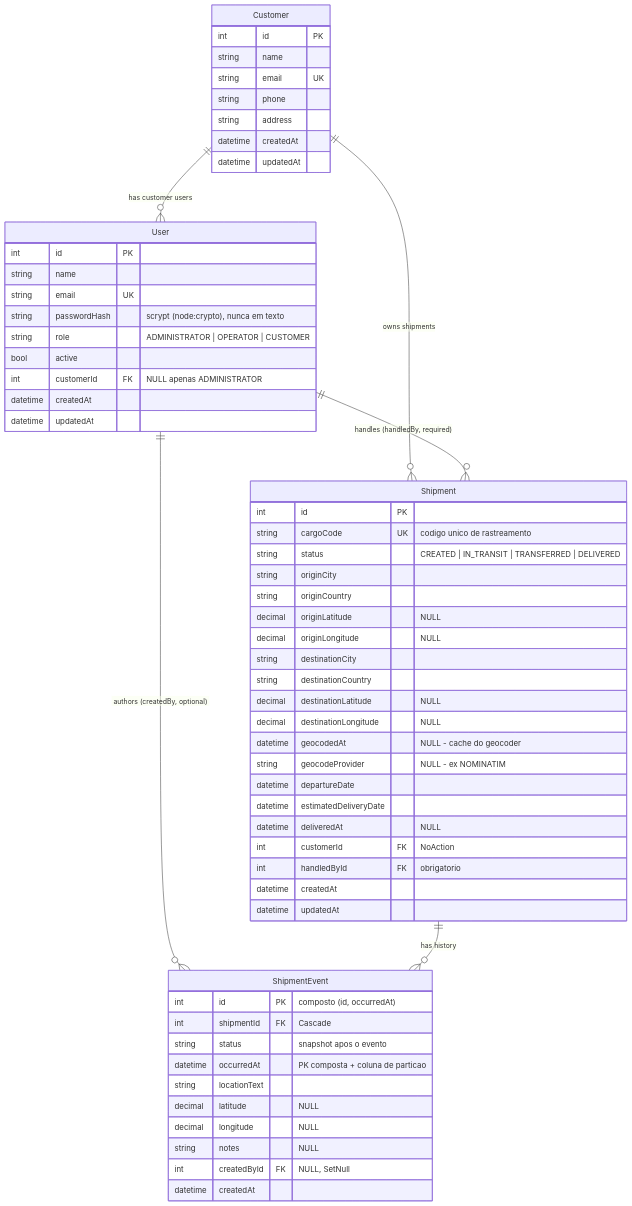
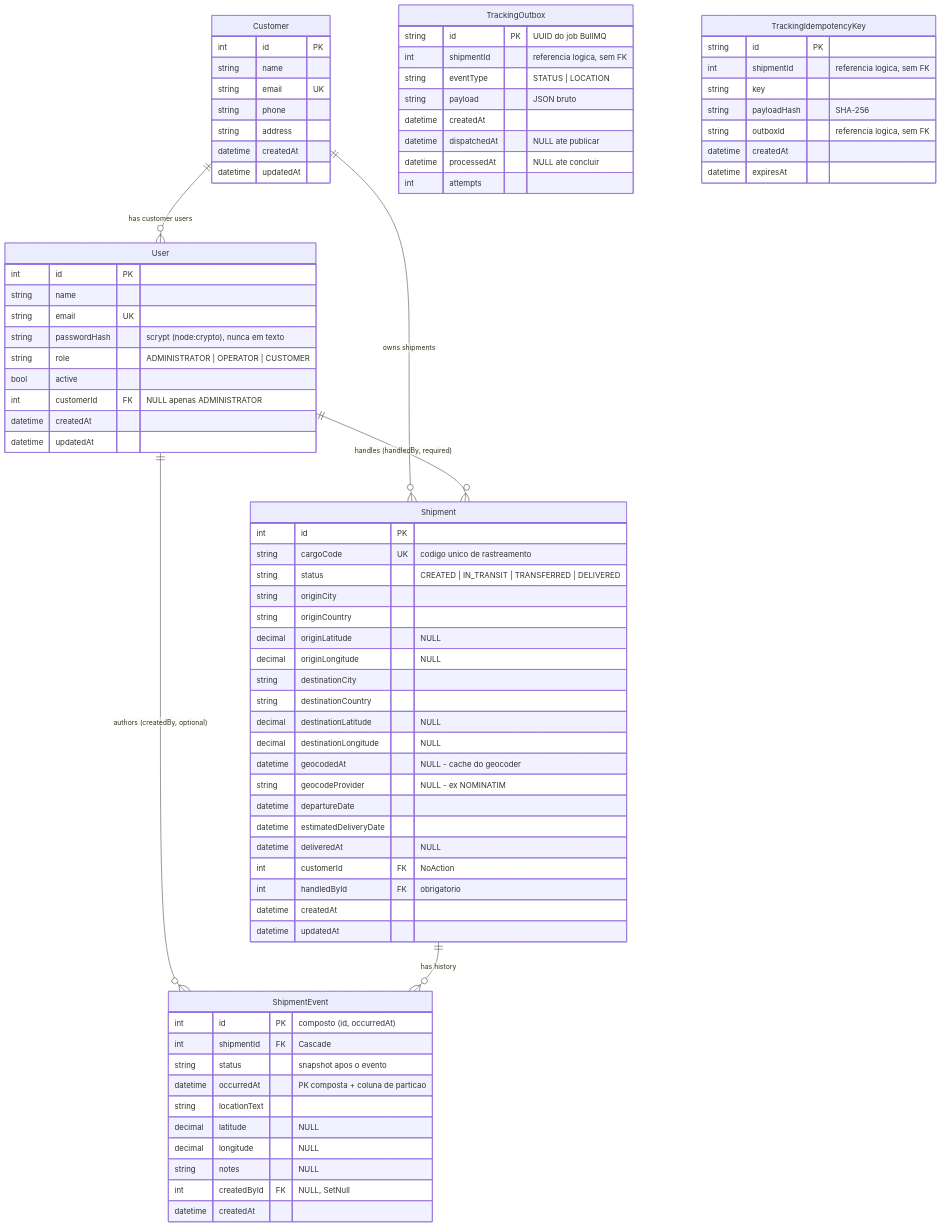
Before and after one commit to wellingtonfds/shipment-tracking-service: the diagram in docs/DATABASE.md, drawn with Mermaid. The commit also changed other lines of this file and 30 other files, not shown here.

````diff
--- a/docs/DATABASE.md
+++ b/docs/DATABASE.md
@@ -24,63 +24,82 @@
 ```mermaid
 erDiagram
     Customer ||--o{ User : "has customer users"
     Customer ||--o{ Shipment : "owns shipments"
     User ||--o{ Shipment : "handles (handledBy, required)"
     User ||--o{ ShipmentEvent : "authors (createdBy, optional)"
     Shipment ||--o{ ShipmentEvent : "has history"
 
     Customer {
         int id PK
         string name
         string email UK
         string phone
         string address
         datetime createdAt
         datetime updatedAt
     }
     User {
         int id PK
         string name
         string email UK
         string passwordHash "scrypt (node:crypto), nunca em texto"
         string role "ADMINISTRATOR | OPERATOR | CUSTOMER"
         bool active
         int customerId FK "NULL apenas ADMINISTRATOR"
         datetime createdAt
         datetime updatedAt
     }
     Shipment {
         int id PK
         string cargoCode UK "codigo unico de rastreamento"
         string status "CREATED | IN_TRANSIT | TRANSFERRED | DELIVERED"
         string originCity
         string originCountry
         decimal originLatitude "NULL"
         decimal originLongitude "NULL"
         string destinationCity
         string destinationCountry
         decimal destinationLatitude "NULL"
         decimal destinationLongitude "NULL"
         datetime geocodedAt "NULL - cache do geocoder"
         string geocodeProvider "NULL - ex NOMINATIM"
         datetime departureDate
         datetime estimatedDeliveryDate
         datetime deliveredAt "NULL"
         int customerId FK "NoAction"
         int handledById FK "obrigatorio"
         datetime createdAt
         datetime updatedAt
     }
     ShipmentEvent {
         int id PK "composto (id, occurredAt)"
         int shipmentId FK "Cascade"
         string status "snapshot apos o evento"
         datetime occurredAt "PK composta + coluna de particao"
         string locationText
         decimal latitude "NULL"
         decimal longitude "NULL"
         string notes "NULL"
         int createdById FK "NULL, SetNull"
         datetime createdAt
     }
+    TrackingOutbox {
+        string id PK "UUID do job BullMQ"
+        int shipmentId "referencia logica, sem FK"
+        string eventType "STATUS | LOCATION"
+        string payload "JSON bruto"
+        datetime createdAt
+        datetime dispatchedAt "NULL ate publicar"
+        datetime processedAt "NULL ate concluir"
+        int attempts
+    }
+    TrackingIdempotencyKey {
+        string id PK
+        int shipmentId "referencia logica, sem FK"
+        string key
+        string payloadHash "SHA-256"
+        string outboxId "referencia logica, sem FK"
+        datetime createdAt
+        datetime expiresAt
+    }
 ```
````
